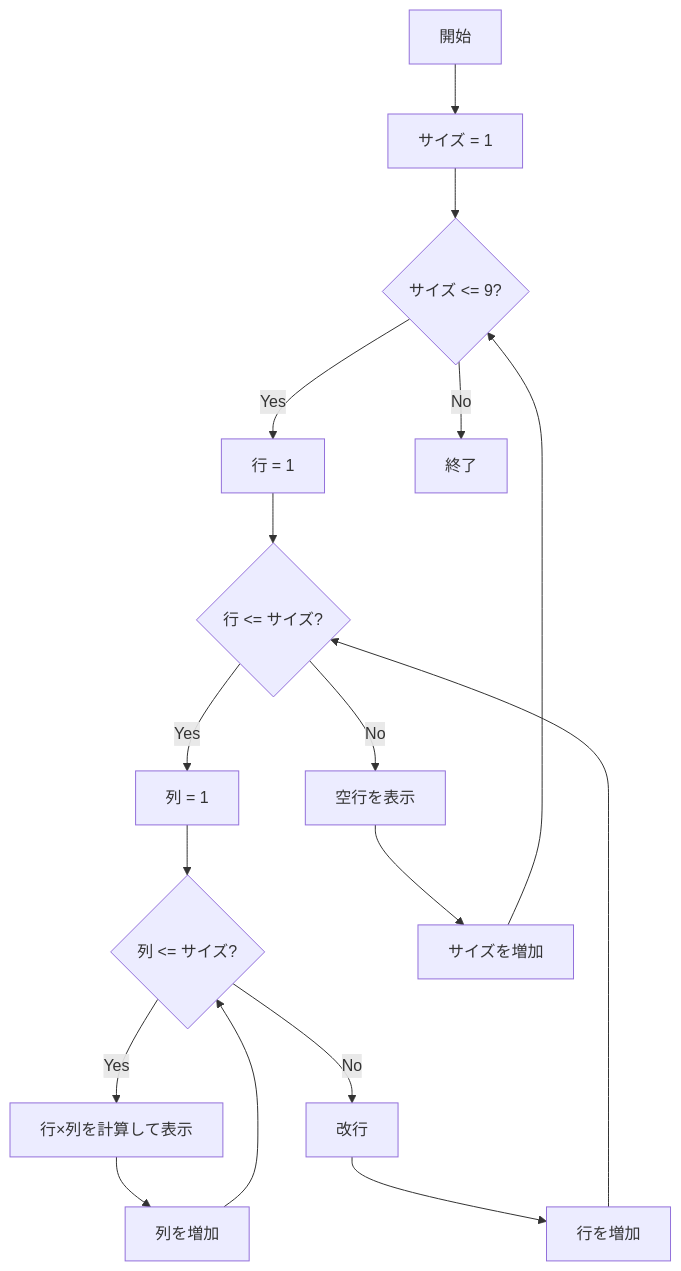
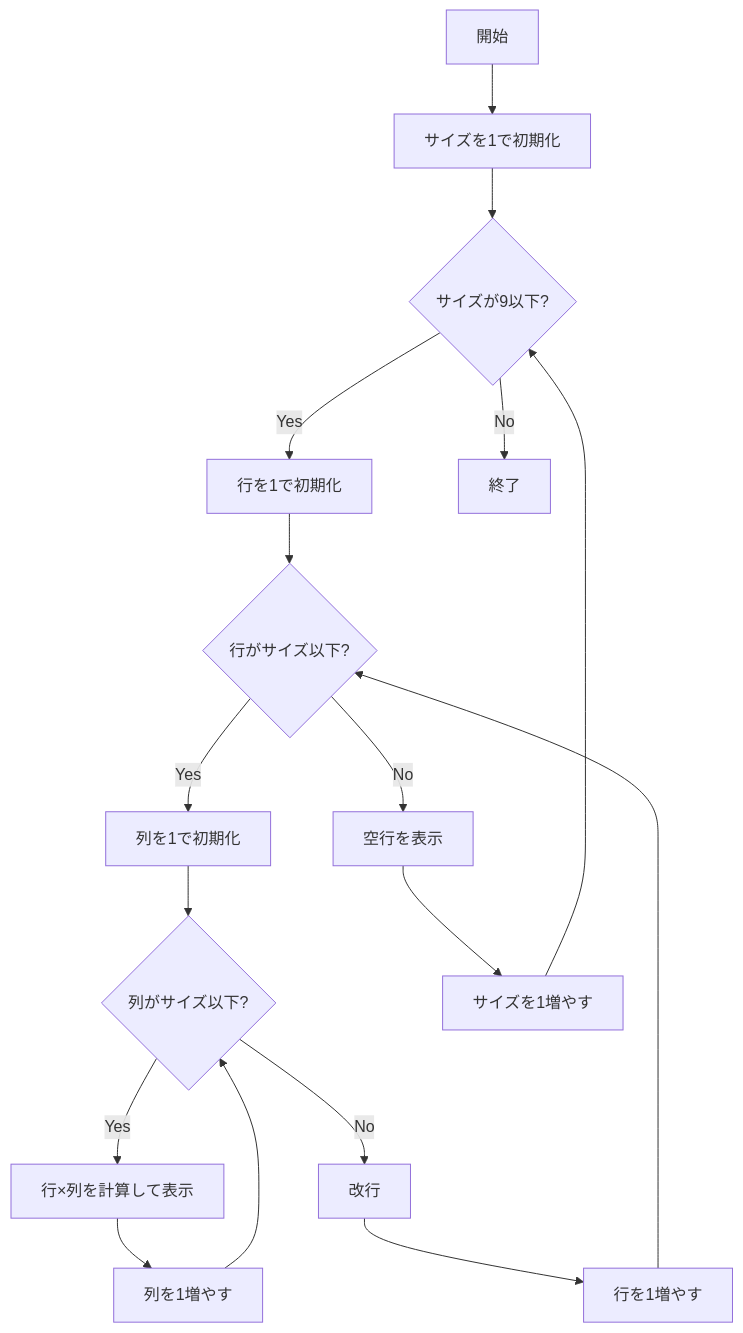
Before and after one commit to kanjiz/java-training-design-docs: the second of 2 diagrams in chapter04/MultiplicationTableWhile-README.md, drawn with Mermaid. The commit also changed other lines of this file and 1 other file, not shown here.

````diff
--- a/chapter04/MultiplicationTableWhile-README.md
+++ b/chapter04/MultiplicationTableWhile-README.md
@@ -54,19 +44,19 @@
 ```mermaid
 flowchart TD
-    A[開始] --> B[サイズ = 1]
-    B --> C{サイズ <= 9?}
-    C -->|Yes| D[行 = 1]
-    D --> E{行 <= サイズ?}
-    E -->|Yes| F[列 = 1]
-    F --> G{列 <= サイズ?}
+    A[開始] --> B[サイズを1で初期化]
+    B --> C{サイズが9以下?}
+    C -->|Yes| D[行を1で初期化]
+    D --> E{行がサイズ以下?}
+    E -->|Yes| F[列を1で初期化]
+    F --> G{列がサイズ以下?}
     G -->|Yes| H[行×列を計算して表示]
-    H --> I[列を増加]
+    H --> I[列を1増やす]
     I --> G
     G -->|No| J[改行]
-    J --> K[行を増加]
+    J --> K[行を1増やす]
     K --> E
     E -->|No| L[空行を表示]
-    L --> M[サイズを増加]
+    L --> M[サイズを1増やす]
     M --> C
     C -->|No| N[終了]
 ```
````
